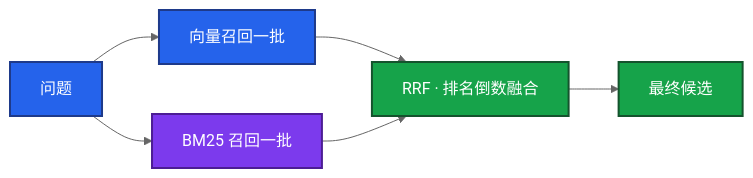
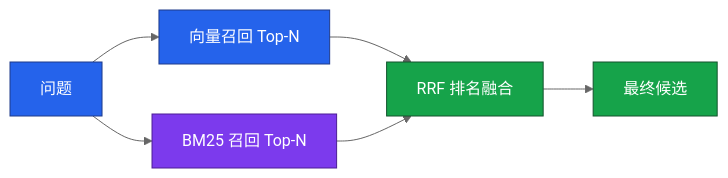
One commit to ml-cuizijun/LearnToLilith changed the third of 5 diagrams in 09-AI与智能运维/03-RAG检索增强/知识点.md. Above: the diagram before and after it, drawn with Mermaid (neutral theme). The commit also changed other lines of this file and 213 other files, not shown here.

````diff
--- a/09-AI与智能运维/03-RAG检索增强/知识点.md
+++ b/09-AI与智能运维/03-RAG检索增强/知识点.md
@@ -194,15 +172,12 @@
 ```mermaid
 flowchart LR
-    q[问题] --> v[向量召回一批]
-    q --> k[BM25 召回一批]
-    v --> rrf[RRF · 排名倒数融合]
+    classDef a fill:#2563EB,stroke:#1E3A8A,color:#fff
+    classDef b fill:#7C3AED,stroke:#4C1D95,color:#fff
+    classDef c fill:#16A34A,stroke:#14532D,color:#fff
+
+    q[问题]:::a --> v[向量召回 Top-N]:::a
+    q --> k[BM25 召回 Top-N]:::b
+    v --> rrf[RRF 排名融合]:::c
     k --> rrf
-    rrf --> top[最终候选]
-
-    classDef a fill:#2563EB,stroke:#1E3A8A,stroke-width:2px,color:#fff
-    classDef b fill:#7C3AED,stroke:#4C1D95,stroke-width:2px,color:#fff
-    classDef c fill:#16A34A,stroke:#14532D,stroke-width:2px,color:#fff
-    class q,v a
-    class k b
-    class rrf,top c
+    rrf --> top[最终候选]:::c
 ```
````
